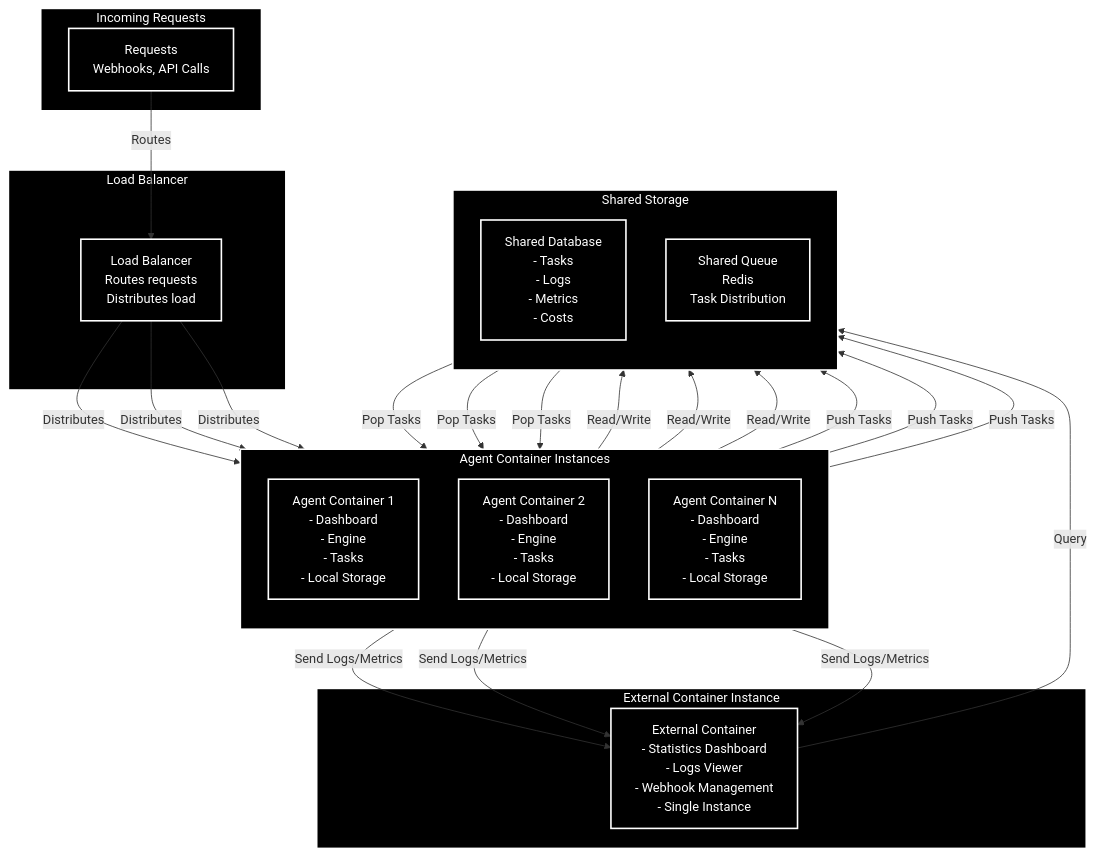
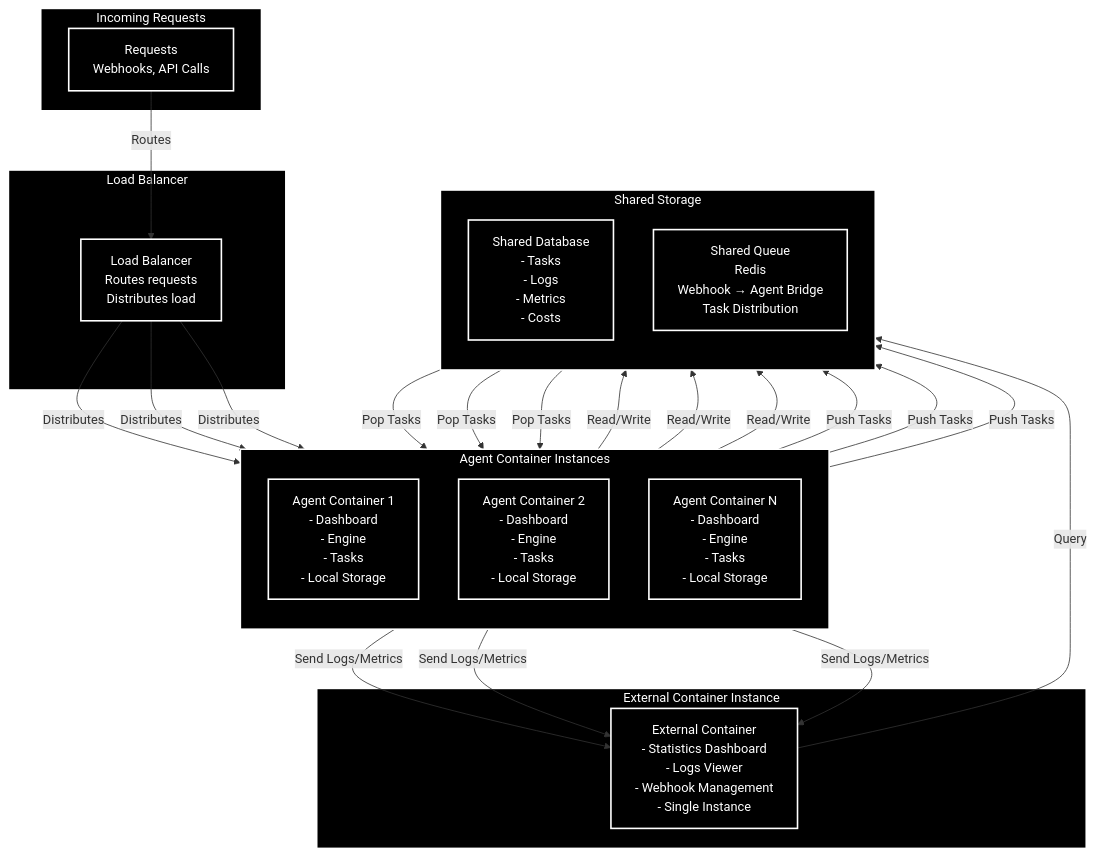
Diagram 11 of 14 in claude-code-agent/docs/ARCHITECTURE_PROPOSED_MERMAID.md (rom-orlovich/agents-system), drawn with Mermaid before and after one commit. The commit also changed other lines of this file and 3 other files, not shown here.

````diff
--- a/claude-code-agent/docs/ARCHITECTURE_PROPOSED_MERMAID.md
+++ b/claude-code-agent/docs/ARCHITECTURE_PROPOSED_MERMAID.md
@@ -388,53 +532,53 @@
 ```mermaid
 graph TB
     subgraph Incoming["Incoming Requests"]
         Requests["Requests<br/>Webhooks, API Calls"]
     end
 
     subgraph LoadBalancer["Load Balancer"]
         LB["Load Balancer<br/>Routes requests<br/>Distributes load"]
     end
 
     subgraph AgentInstances["Agent Container Instances"]
         direction TB
         Agent1["Agent Container 1<br/>- Dashboard<br/>- Engine<br/>- Tasks<br/>- Local Storage"]
         Agent2["Agent Container 2<br/>- Dashboard<br/>- Engine<br/>- Tasks<br/>- Local Storage"]
         Agent3["Agent Container N<br/>- Dashboard<br/>- Engine<br/>- Tasks<br/>- Local Storage"]
     end
 
     subgraph ExternalInstance["External Container Instance"]
         External["External Container<br/>- Statistics Dashboard<br/>- Logs Viewer<br/>- Webhook Management<br/>- Single Instance"]
     end
 
     subgraph SharedStorage["Shared Storage"]
         direction TB
         SharedDB["Shared Database<br/>- Tasks<br/>- Logs<br/>- Metrics<br/>- Costs"]
-        SharedQueue["Shared Queue<br/>Redis<br/>Task Distribution"]
+        SharedQueue["Shared Queue<br/>Redis<br/>Webhook → Agent Bridge<br/>Task Distribution"]
     end
 
     Requests -->|Routes| LB
     LB -->|Distributes| Agent1
     LB -->|Distributes| Agent2
     LB -->|Distributes| Agent3
 
     Agent1 -->|Read/Write| SharedDB
     Agent2 -->|Read/Write| SharedDB
     Agent3 -->|Read/Write| SharedDB
 
     Agent1 -->|Push Tasks| SharedQueue
     Agent2 -->|Push Tasks| SharedQueue
     Agent3 -->|Push Tasks| SharedQueue
     SharedQueue -->|Pop Tasks| Agent1
     SharedQueue -->|Pop Tasks| Agent2
     SharedQueue -->|Pop Tasks| Agent3
 
     Agent1 -->|Send Logs/Metrics| External
     Agent2 -->|Send Logs/Metrics| External
     Agent3 -->|Send Logs/Metrics| External
 
     External -->|Query| SharedDB
 
     classDef defaultNode fill:#000000,stroke:#ffffff,stroke-width:2px,color:#ffffff
 
     class Incoming,Requests,LoadBalancer,LB,AgentInstances,Agent1,Agent2,Agent3,ExternalInstance,External,SharedStorage,SharedDB,SharedQueue defaultNode
 ```
````
